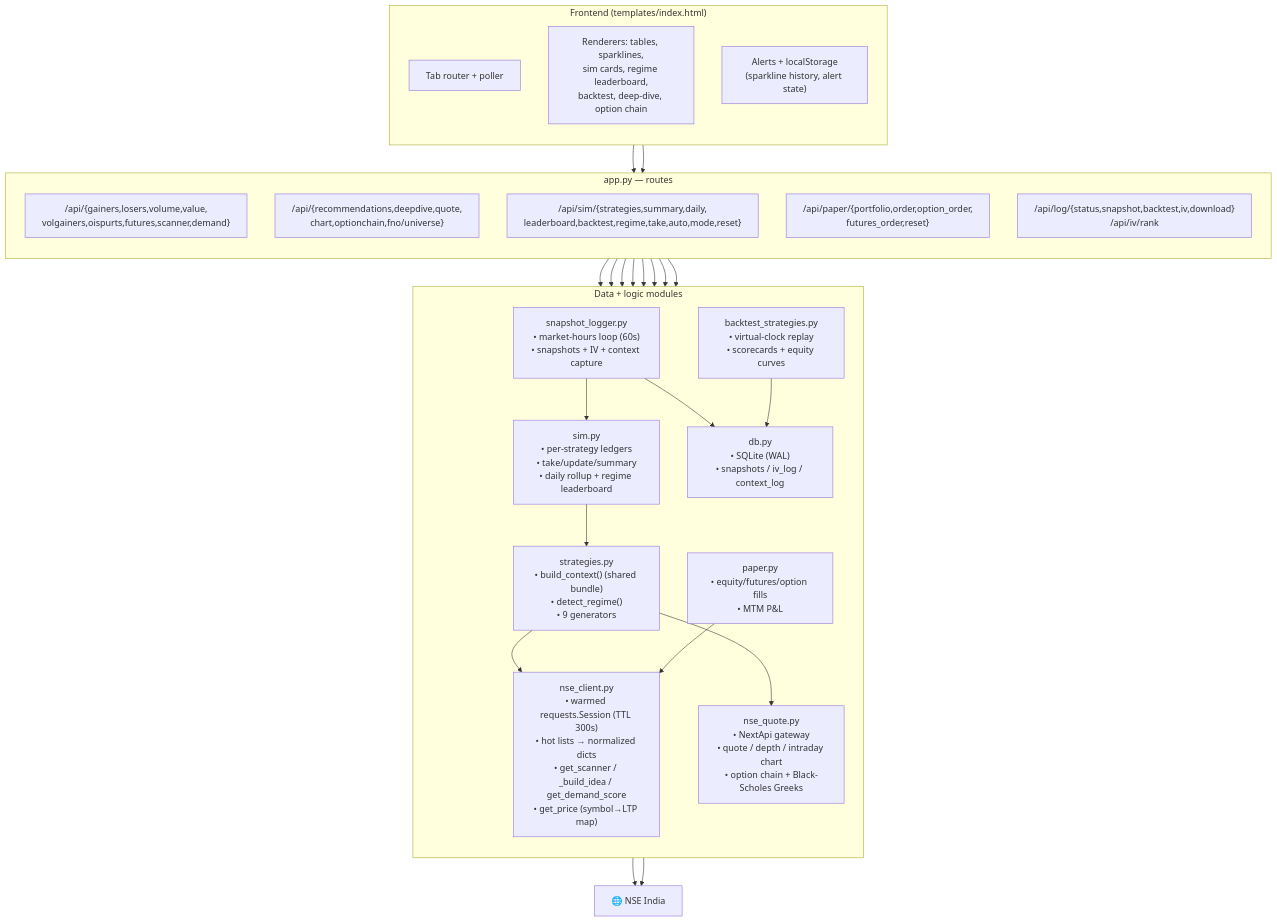
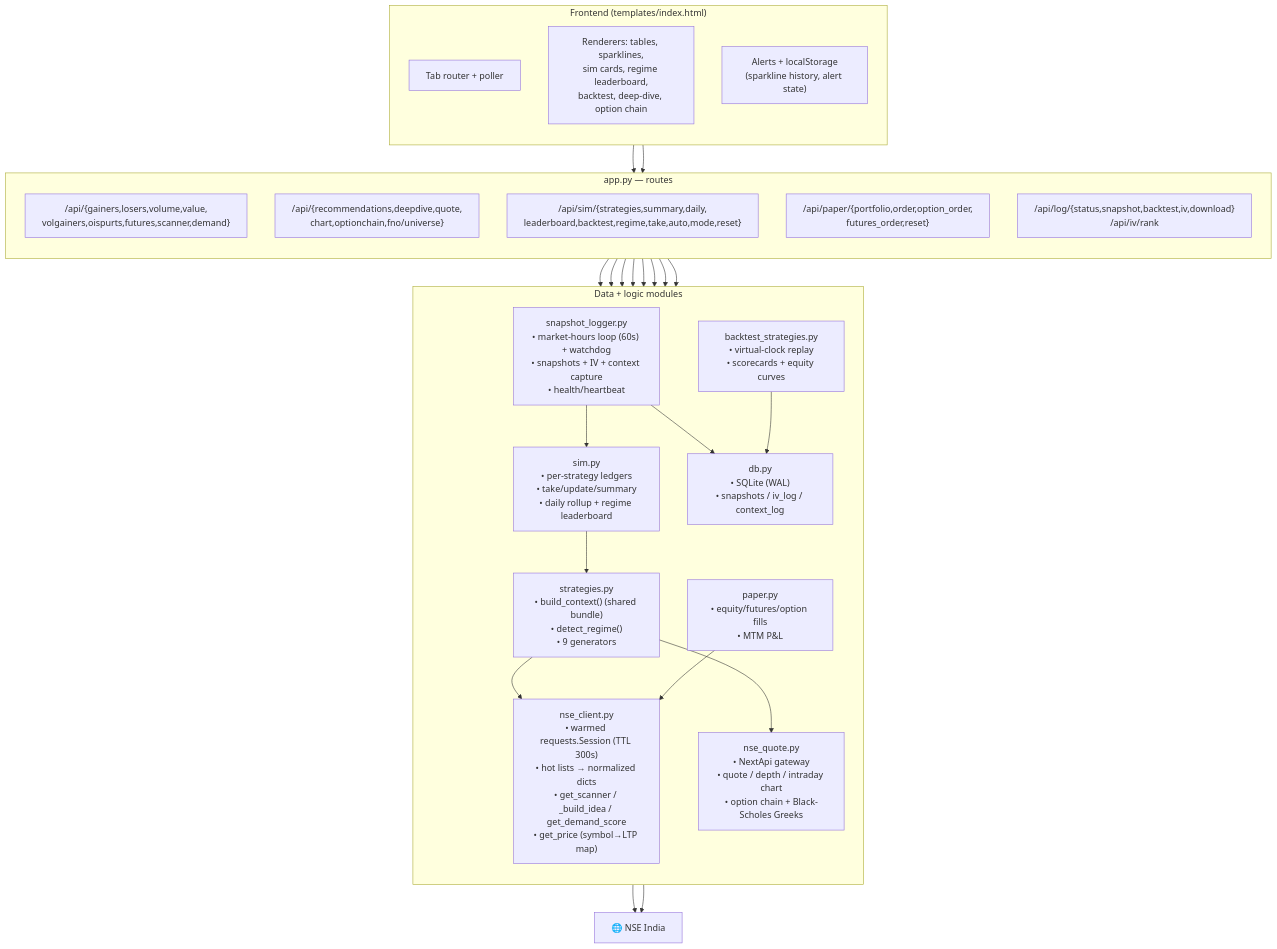
One commit to aakash-jain-1/nse-market-pulse changed the second of 7 diagrams in README.md. Above: the diagram before and after it, drawn with Mermaid. The commit also changed other lines of this file and 4 other files, not shown here.

First line of the commit message:
Harden snapshot logger: self-healing capture + health monitoring

````diff
--- a/README.md
+++ b/README.md
@@ -130,47 +130,47 @@
 ```mermaid
 flowchart TB
     subgraph FE["Frontend (templates/index.html)"]
         direction TB
         TABS["Tab router + poller"]
         REND["Renderers: tables, sparklines,<br/>sim cards, regime leaderboard,<br/>backtest, deep-dive, option chain"]
         ALERT["Alerts + localStorage<br/>(sparkline history, alert state)"]
     end
 
     subgraph API["app.py — routes"]
         direction TB
         R1["/api/{gainers,losers,volume,value,<br/>volgainers,oispurts,futures,scanner,demand}"]
         R2["/api/{recommendations,deepdive,quote,<br/>chart,optionchain,fno/universe}"]
         R3["/api/sim/{strategies,summary,daily,<br/>leaderboard,backtest,regime,take,auto,mode,reset}"]
         R4["/api/paper/{portfolio,order,option_order,<br/>futures_order,reset}"]
         R5["/api/log/{status,snapshot,backtest,iv,download}<br/>/api/iv/rank"]
     end
 
     subgraph DATA["Data + logic modules"]
         direction TB
         NC["nse_client.py<br/>• warmed requests.Session (TTL 300s)<br/>• hot lists → normalized dicts<br/>• get_scanner / _build_idea / get_demand_score<br/>• get_price (symbol→LTP map)"]
         NQ["nse_quote.py<br/>• NextApi gateway<br/>• quote / depth / intraday chart<br/>• option chain + Black-Scholes Greeks"]
         ST["strategies.py<br/>• build_context() (shared bundle)<br/>• detect_regime()<br/>• 9 generators"]
         SM["sim.py<br/>• per-strategy ledgers<br/>• take/update/summary<br/>• daily rollup + regime leaderboard"]
         BK["backtest_strategies.py<br/>• virtual-clock replay<br/>• scorecards + equity curves"]
         PP["paper.py<br/>• equity/futures/option fills<br/>• MTM P&L"]
-        SL["snapshot_logger.py<br/>• market-hours loop (60s)<br/>• snapshots + IV + context capture"]
+        SL["snapshot_logger.py<br/>• market-hours loop (60s) + watchdog<br/>• snapshots + IV + context capture<br/>• health/heartbeat"]
         DBM["db.py<br/>• SQLite (WAL)<br/>• snapshots / iv_log / context_log"]
     end
 
     NSEAPI["🌐 NSE India"]
 
     TABS --> API
     REND --> API
     R1 --> NC
     R2 --> NC & NQ
     R3 --> SM & BK & ST
     R4 --> PP
     R5 --> SL
     NC --> NSEAPI
     NQ --> NSEAPI
     ST --> NC & NQ
     SM --> ST
     SL --> SM & DBM
     BK --> DBM
     PP --> NC
 ```
````
